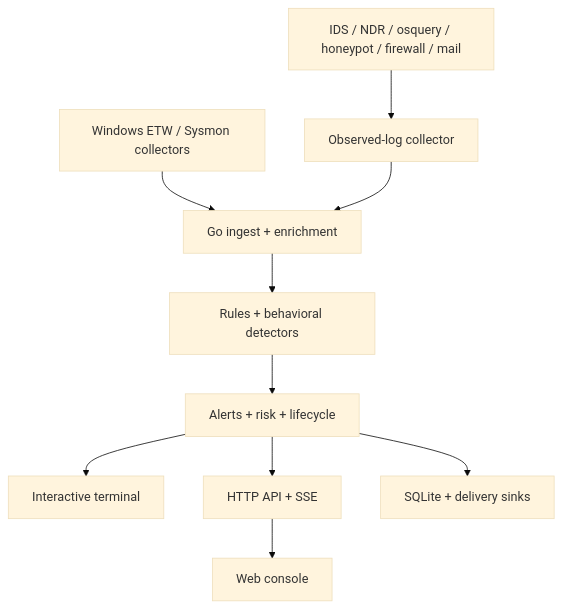
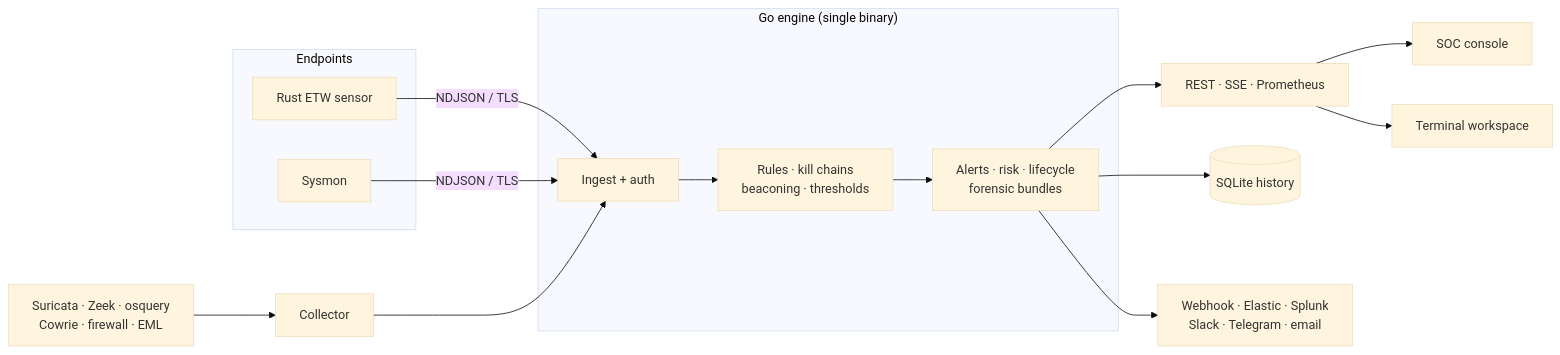
The diagram in README.md (Ruby570bocadito/bluetardigrade), drawn with Mermaid (base theme) before and after one commit. The commit also changed other lines of this file and 15 other files, not shown here.

````diff
--- a/README.md
+++ b/README.md
@@ -248,12 +287,20 @@
 ```mermaid
-flowchart TD
-    W["Windows ETW / Sysmon collectors"] --> I["Go ingest + enrichment"]
-    L["IDS / NDR / osquery / honeypot / firewall / mail"] --> G["Observed-log collector"]
-    G --> I
-    I --> R["Rules + behavioral detectors"]
-    R --> A["Alerts + risk + lifecycle"]
-    A --> T["Interactive terminal"]
-    A --> P["HTTP API + SSE"]
-    A --> S["SQLite + delivery sinks"]
-    P --> C["Web console"]
+flowchart LR
+    subgraph Endpoints
+      E["Rust ETW sensor"]
+      S["Sysmon"]
+    end
+    L["Suricata · Zeek · osquery<br/>Cowrie · firewall · EML"] --> C["Collector"]
+    E -->|NDJSON / TLS| I
+    S -->|NDJSON / TLS| I
+    C --> I
+    subgraph Engine["Go engine (single binary)"]
+      I["Ingest + auth"] --> D["Rules · kill chains<br/>beaconing · thresholds"]
+      D --> A["Alerts · risk · lifecycle<br/>forensic bundles"]
+    end
+    A --> API["REST · SSE · Prometheus"]
+    A --> DB[("SQLite history")]
+    A --> OUT["Webhook · Elastic · Splunk<br/>Slack · Telegram · email"]
+    API --> UI["SOC console"]
+    API --> T["Terminal workspace"]
 ```
````
